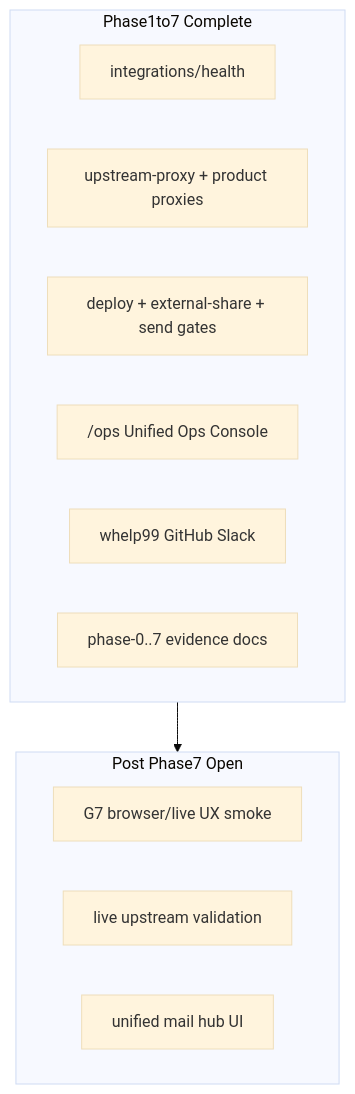
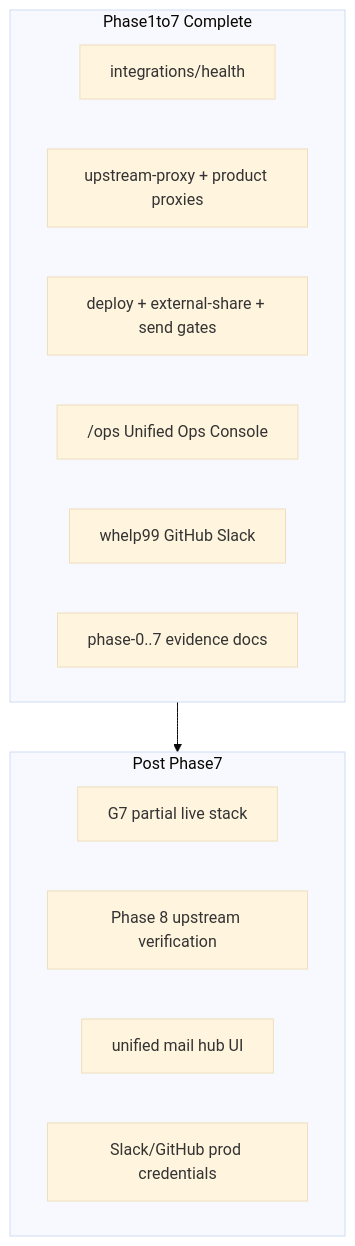
The diagram in docs/reports/product-integration-blueprint-status.md (whelp99-code/AIOSv2_integration), drawn with Mermaid (base theme) before and after one commit. The commit also changed other lines of this file and 15 other files, not shown here.

First line of the commit message:
feat: Phase 8 live integration stack, probes, and evidence

````diff
--- a/docs/reports/product-integration-blueprint-status.md
+++ b/docs/reports/product-integration-blueprint-status.md
@@ -423,17 +424,18 @@
 ```mermaid
 flowchart TB
   subgraph phase1to7 [Phase1to7 Complete]
     Health["integrations/health"]
     ProxyCore["upstream-proxy + product proxies"]
     Gates["deploy + external-share + send gates"]
     OpsUI["/ops Unified Ops Console"]
     Connectors["whelp99 GitHub Slack"]
     Evidence["phase-0..7 evidence docs"]
   end
-  subgraph post7 [Post Phase7 Open]
-    LiveUX["G7 browser/live UX smoke"]
-    LiveUpstream["live upstream validation"]
+  subgraph post7 [Post Phase7]
+    LiveUX["G7 partial live stack"]
+    LiveUpstream["Phase 8 upstream verification"]
     MailHub["unified mail hub UI"]
+    SlackGH["Slack/GitHub prod credentials"]
   end
   phase1to7 --> post7
 ```
````
